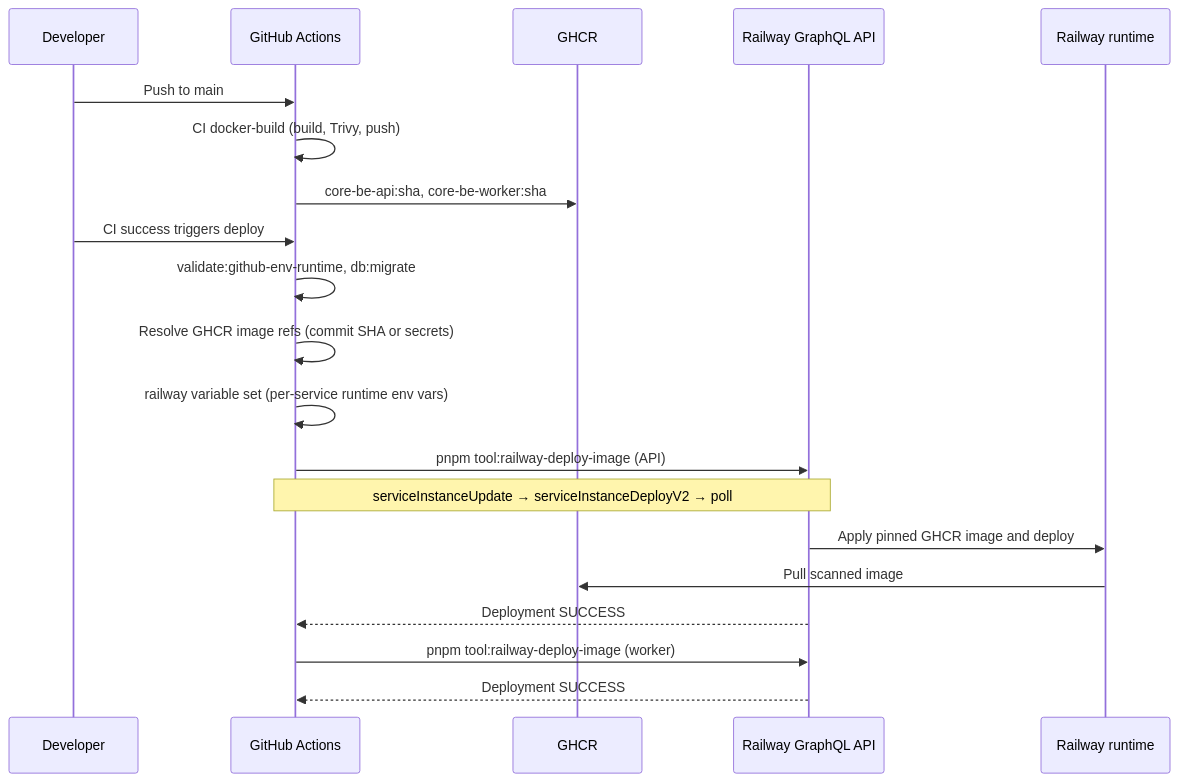
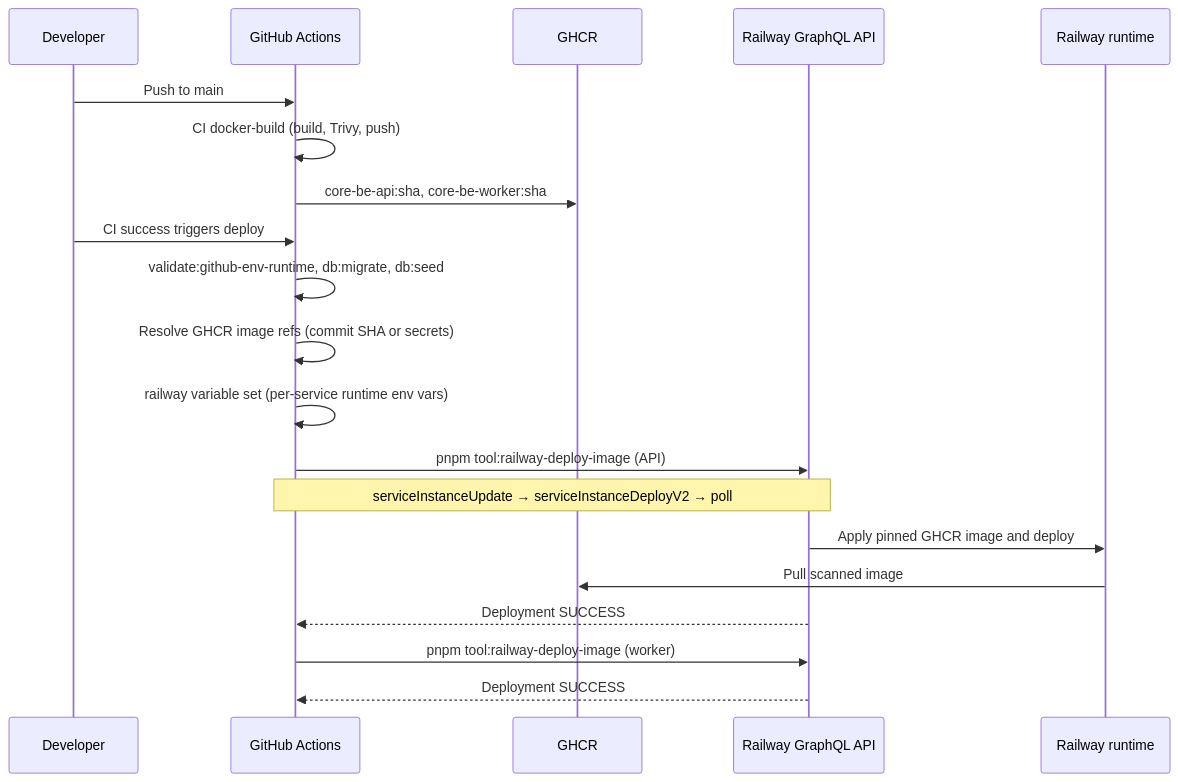
Before and after one commit to nikunjmavani/core-be: the fourth of 6 diagrams in docs/deployment/ci-cd/cicd-and-deployment.md, drawn with Mermaid. The commit also changed other lines of this file and 5 other files, not shown here.

````diff
--- a/docs/deployment/ci-cd/cicd-and-deployment.md
+++ b/docs/deployment/ci-cd/cicd-and-deployment.md
@@ -196,23 +196,23 @@
 ```mermaid
 sequenceDiagram
   participant Dev as Developer
   participant GH as GitHub Actions
   participant GHCR as GHCR
   participant RailwayAPI as Railway GraphQL API
   participant Railway as Railway runtime
 
   Dev->>GH: Push to main
   GH->>GH: CI docker-build (build, Trivy, push)
   GH->>GHCR: core-be-api:sha, core-be-worker:sha
   Dev->>GH: CI success triggers deploy
-  GH->>GH: validate:github-env-runtime, db:migrate
+  GH->>GH: validate:github-env-runtime, db:migrate, db:seed
   GH->>GH: Resolve GHCR image refs (commit SHA or secrets)
   GH->>GH: railway variable set (per-service runtime env vars)
   GH->>RailwayAPI: pnpm tool:railway-deploy-image (API)
   Note over GH,RailwayAPI: serviceInstanceUpdate → serviceInstanceDeployV2 → poll
   RailwayAPI->>Railway: Apply pinned GHCR image and deploy
   Railway->>GHCR: Pull scanned image
   RailwayAPI-->>GH: Deployment SUCCESS
   GH->>RailwayAPI: pnpm tool:railway-deploy-image (worker)
   RailwayAPI-->>GH: Deployment SUCCESS
 ```
````
